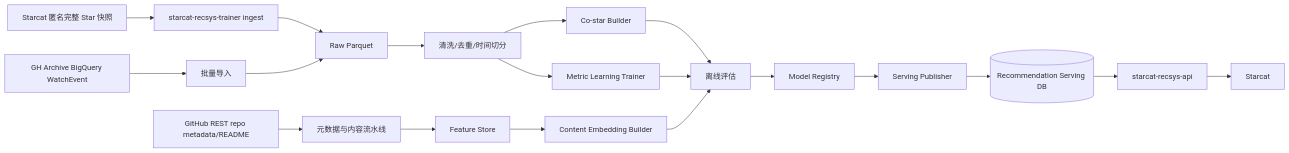
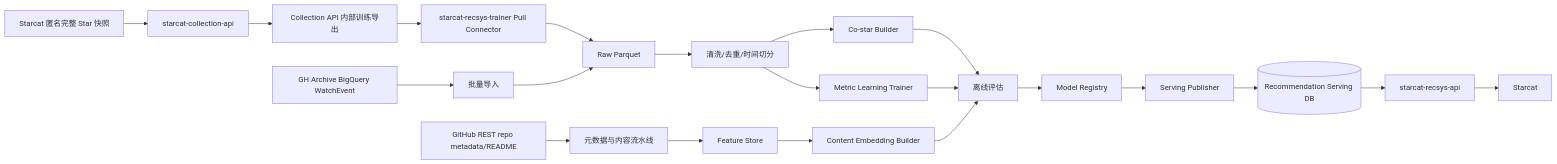
One commit to starcat-app/Starcat changed the diagram in docs/3-设计/详细设计/61-Starcat自研仓库推荐系统详细设计.md. Above: the diagram before and after it, drawn with Mermaid. The commit also changed other lines of this file and 4 other files, not shown here.

````diff
--- a/docs/3-设计/详细设计/61-Starcat自研仓库推荐系统详细设计.md
+++ b/docs/3-设计/详细设计/61-Starcat自研仓库推荐系统详细设计.md
@@ -81,21 +82,23 @@
 ```mermaid
 flowchart LR
-    A[Starcat 匿名完整 Star 快照] --> B[starcat-recsys-trainer ingest]
+    A[Starcat 匿名完整 Star 快照] --> B[starcat-collection-api]
+    B --> C1[Collection API 内部训练导出]
+    C1 --> B1[starcat-recsys-trainer Pull Connector]
     C[GH Archive BigQuery WatchEvent] --> D[批量导入]
     E[GitHub REST repo metadata/README] --> F[元数据与内容流水线]
-    B --> G[Raw Parquet]
+    B1 --> G[Raw Parquet]
     D --> G
     G --> H[清洗/去重/时间切分]
     F --> I[Feature Store]
     H --> J[Co-star Builder]
     H --> K[Metric Learning Trainer]
     I --> L[Content Embedding Builder]
     J --> M[离线评估]
     K --> M
     L --> M
     M --> N[Model Registry]
     N --> O[Serving Publisher]
     O --> P[(Recommendation Serving DB)]
     P --> Q[starcat-recsys-api]
     Q --> R[Starcat]
 ```
````
